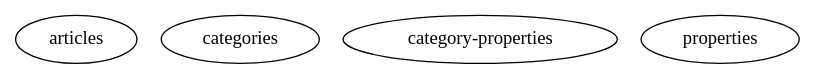
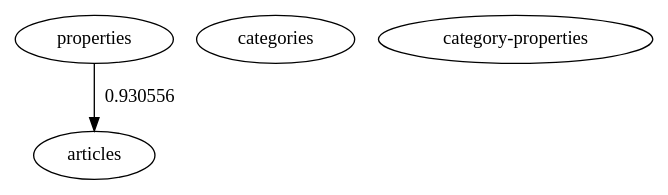
Before and after one commit to fbfeix/fx-csv-parser: the diagram in examples/data/graph.dot, drawn with Graphviz. The commit also changed 11 other files, not shown here.

```diff
--- a/examples/data/graph.dot
+++ b/examples/data/graph.dot
@@ -1,6 +1,7 @@
 digraph G {
 0[label="articles"];
 1[label="categories"];
 2[label="category-properties"];
 3[label="properties"];
+3->0 [label="0.930556"];
 }
```
